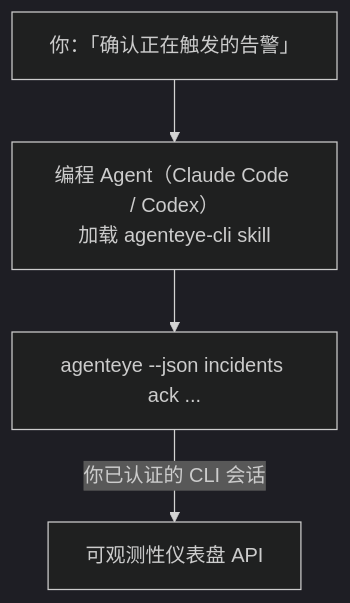
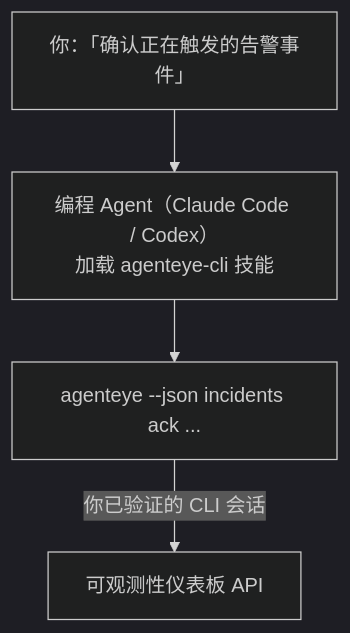
One commit to FailproofAI/failproofai changed the diagram in docs/zh/agenteye/cli-skill.mdx. Above: the diagram before and after it, drawn with Mermaid (dark theme). The commit also changed other lines of this file and 678 other files, not shown here.

````diff
--- a/docs/zh/agenteye/cli-skill.mdx
+++ b/docs/zh/agenteye/cli-skill.mdx
@@ -28,6 +28,6 @@
 ```mermaid
 flowchart TD
-    YOU["你：「确认正在触发的告警」"] --> AGENT["编程 Agent（Claude Code / Codex）<br/>加载 agenteye-cli skill"]
+    YOU["你：「确认正在触发的告警事件」"] --> AGENT["编程 Agent（Claude Code / Codex）<br/>加载 agenteye-cli 技能"]
     AGENT --> CLI["agenteye --json incidents ack ..."]
-    CLI -->|你已认证的 CLI 会话| API["可观测性仪表盘 API"]
+    CLI -->|你已验证的 CLI 会话| API["可观测性仪表板 API"]
 ```
````
